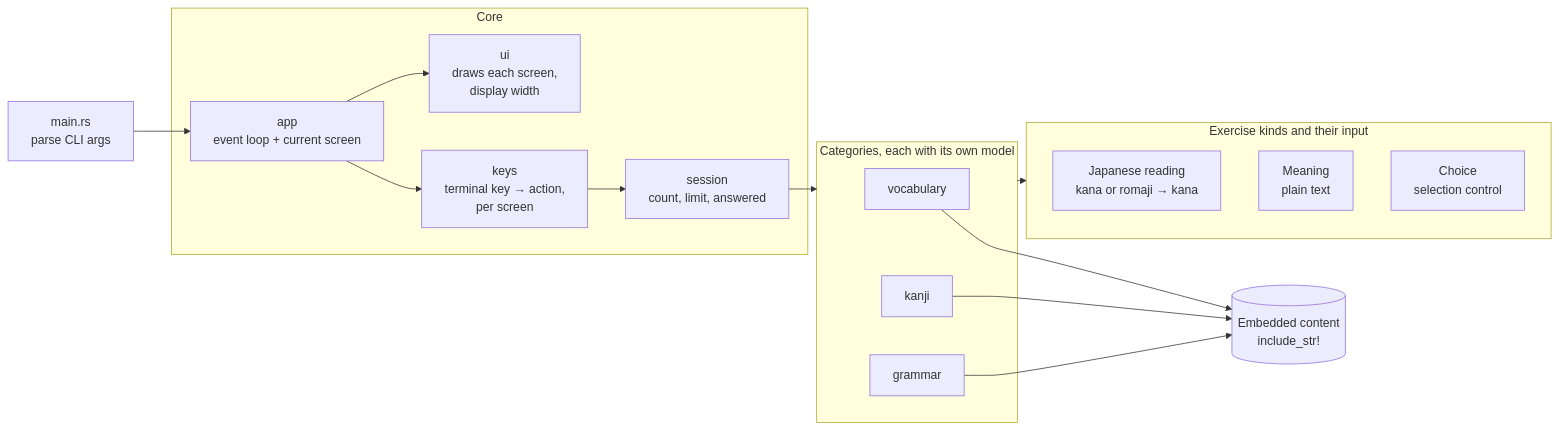
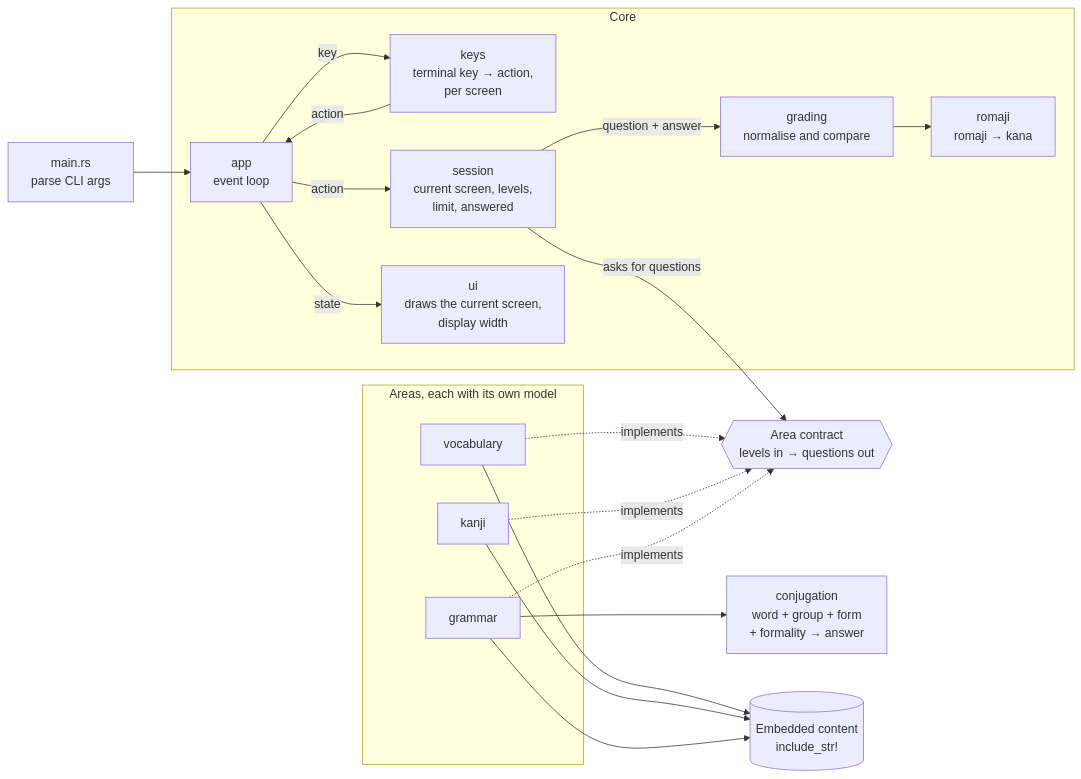
One commit to PandaCubGames/LearnJapaneseTui changed the second of 2 diagrams in docs/architecture.md. Above: the diagram before and after it, drawn with Mermaid. The commit also changed other lines of this file, not shown here.

First line of the commit message:
docs(architecture): add data models, answer rules and level picker

````diff
--- a/docs/architecture.md
+++ b/docs/architecture.md
@@ -92,32 +335,35 @@
 ```mermaid
 flowchart LR
     main[main.rs<br/>parse CLI args] --> app
 
     subgraph core[Core]
-        app[app<br/>event loop + current screen]
+        app[app<br/>event loop]
         keys[keys<br/>terminal key → action,<br/>per screen]
-        session[session<br/>count, limit, answered]
-        ui[ui<br/>draws each screen,<br/>display width]
+        session[session<br/>current screen, levels,<br/>limit, answered]
+        ui[ui<br/>draws the current screen,<br/>display width]
+        grading[grading<br/>normalise and compare]
+        romaji[romaji<br/>romaji → kana]
     end
 
-    subgraph kinds[Exercise kinds and their input]
-        reading[Japanese reading<br/>kana or romaji → kana]
-        meaning[Meaning<br/>plain text]
-        choice[Choice<br/>selection control]
-    end
+    contract{{Area contract<br/>levels in → questions out}}
 
-    subgraph categories[Categories, each with its own model]
+    subgraph areas[Areas, each with its own model]
         vocab[vocabulary]
         kanji[kanji]
         grammar[grammar]
     end
 
+    conj[conjugation<br/>word + group + form<br/>+ formality → answer]
     content[(Embedded content<br/>include_str!)]
 
-    app --> keys
-    keys --> session
-    app --> ui
-    session --> categories
-    categories --> kinds
+    app -->|key| keys
+    keys -->|action| app
+    app -->|action| session
+    app -->|state| ui
+    session -->|asks for questions| contract
+    session -->|question + answer| grading
+    grading --> romaji
+    vocab & kanji & grammar -.->|implements| contract
+    grammar --> conj
     vocab & kanji & grammar --> content
 ```
````
